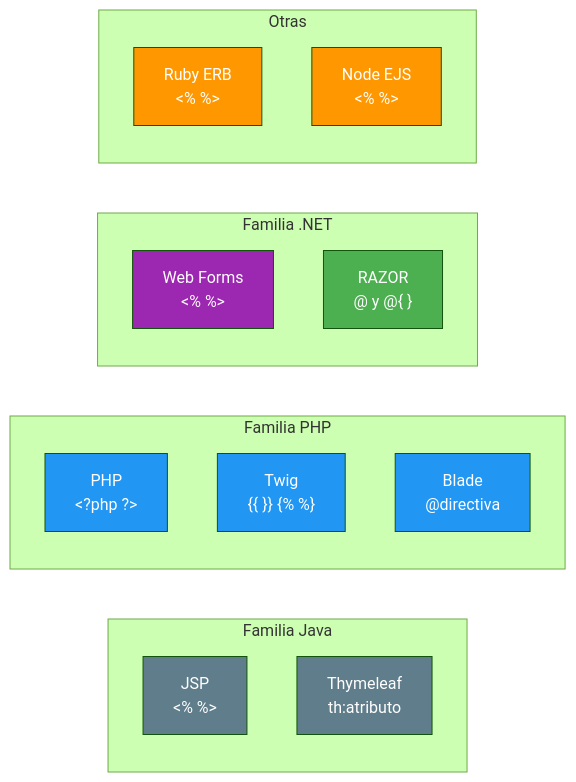
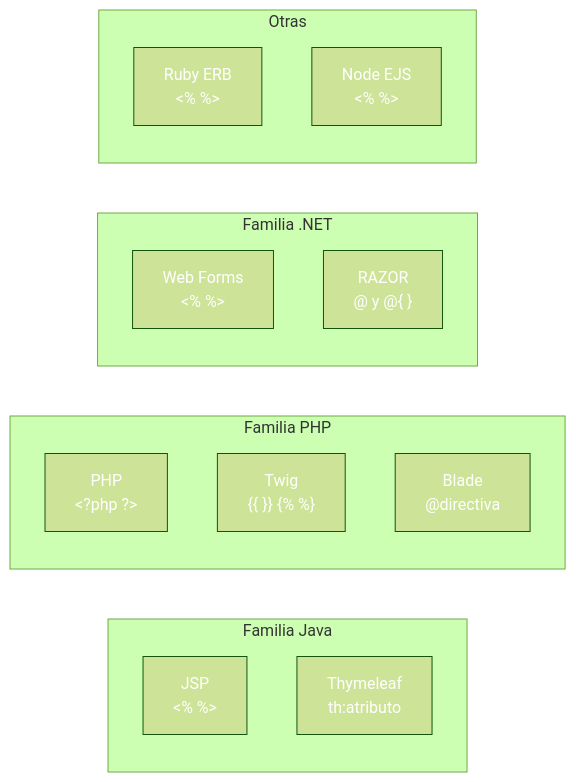
One commit to joseluisgs/DesarrolloWebEntornosServidor-03-2026-2027 changed the third of 7 diagrams in 01-razor-fundamentos.md. Above: the diagram before and after it, drawn with Mermaid (forest theme). The commit also changed other lines of this file and 30 other files, not shown here.

````diff
--- a/01-razor-fundamentos.md
+++ b/01-razor-fundamentos.md
@@ -186,30 +186,30 @@
 ```mermaid
 graph LR
     subgraph "Familia Java"
         JSP["JSP<br/>&lt;% %&gt;"]
         TH["Thymeleaf<br/>th:atributo"]
     end
     subgraph "Familia PHP"
         PHP["PHP<br/>&lt;?php ?&gt;"]
         TW["Twig<br/>{{ }} {% %}"]
         BL["Blade<br/>@directiva"]
     end
     subgraph "Familia .NET"
         ASPX["Web Forms<br/>&lt;% %&gt;"]
         RAZOR["RAZOR<br/>@  y  @{ }"]
     end
     subgraph "Otras"
         ERB["Ruby ERB<br/>&lt;% %&gt;"]
         EJS["Node EJS<br/>&lt;% %&gt;"]
     end
 
-    style RAZOR fill:#4CAF50,color:#fff
-    style JSP fill:#607D8B,color:#fff
-    style TH fill:#607D8B,color:#fff
-    style PHP fill:#2196F3,color:#fff
-    style TW fill:#2196F3,color:#fff
-    style BL fill:#2196F3,color:#fff
-    style ASPX fill:#9C27B0,color:#fff
-    style ERB fill:#FF9800,color:#fff
-    style EJS fill:#FF9800,color:#fff
+    style RAZOR fill:#4CAF5,color:#fff0,color:#fff
+    style JSP fill:#607D8,color:#fffB,color:#fff
+    style TH fill:#607D8,color:#fffB,color:#fff
+    style PHP fill:#2196F,color:#fff3,color:#fff
+    style TW fill:#2196F,color:#fff3,color:#fff
+    style BL fill:#2196F,color:#fff3,color:#fff
+    style ASPX fill:#9C27B,color:#fff0,color:#fff
+    style ERB fill:#FF980,color:#fff0,color:#fff
+    style EJS fill:#FF980,color:#fff0,color:#fff
 ```
````
